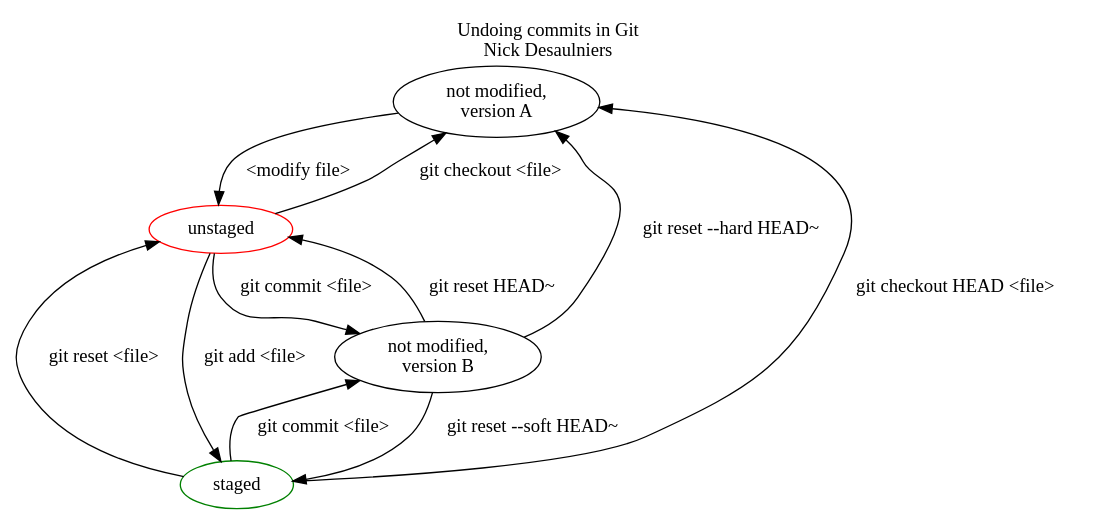
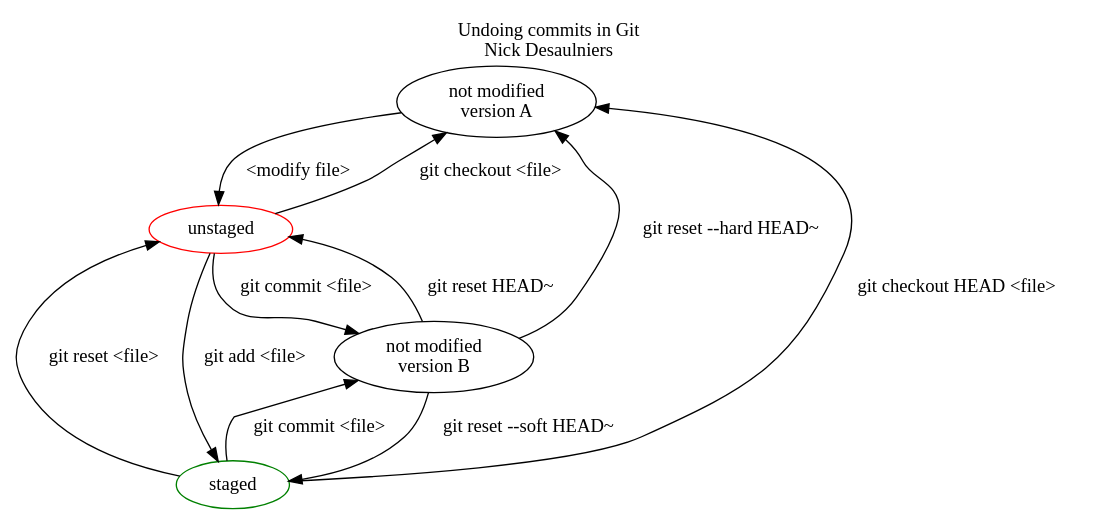
The diagram in staging.dot (mfedoten/git-dot), drawn with Graphviz before and after one commit. The commit also changed 1 other file, not shown here.

```diff
--- a/staging.dot
+++ b/staging.dot
@@ -1,24 +1,24 @@
 // dot staging.dot -T svg -O
 digraph staging {
   labelloc="t"
   label="Undoing commits in Git\nNick Desaulniers"
 
-  a [label="not modified,\nversion A"];
+  a [label="not modified\nversion A"];
   b [label="unstaged",color=red];
   c [label="staged",color=green];
-  d [label="not modified,\nversion B"]
+  d [label="not modified\nversion B"]
 
   a -> b [label="<modify file>"];
 
   b -> a [label="git checkout <file>"]
   b -> c [label="git add <file>"];
   b -> d [label="git commit <file>"]
 
   c -> a [label="git checkout HEAD <file>"]
   c -> b [label="git reset <file>"]
   c -> d [label="git commit <file>"]
 
   d -> a [label="git reset --hard HEAD~"]
   d -> b [label="git reset HEAD~"]
   d -> c [label="git reset --soft HEAD~"]
 }
```
